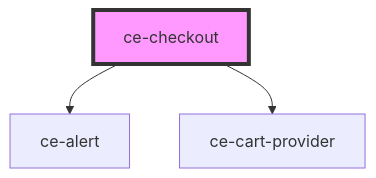
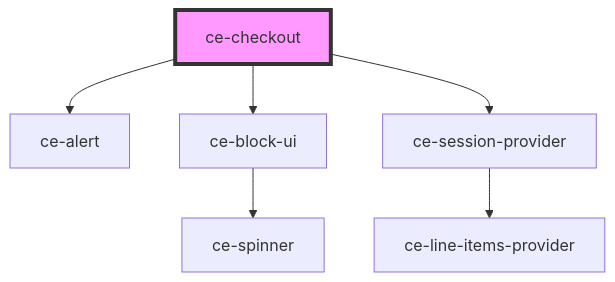
One commit to surecart/surecart-wp-plugin changed the diagram in packages/components/src/components/controllers/checkout/readme.md. Above: the diagram before and after it, drawn with Mermaid. The commit also changed other lines of this file and 50 other files, not shown here.

````diff
--- a/packages/components/src/components/controllers/checkout/readme.md
+++ b/packages/components/src/components/controllers/checkout/readme.md
@@ -31,6 +32,9 @@
 ```mermaid
 graph TD;
   ce-checkout --> ce-alert
-  ce-checkout --> ce-cart-provider
+  ce-checkout --> ce-block-ui
+  ce-checkout --> ce-session-provider
+  ce-block-ui --> ce-spinner
+  ce-session-provider --> ce-line-items-provider
   style ce-checkout fill:#f9f,stroke:#333,stroke-width:4px
 ```
````
